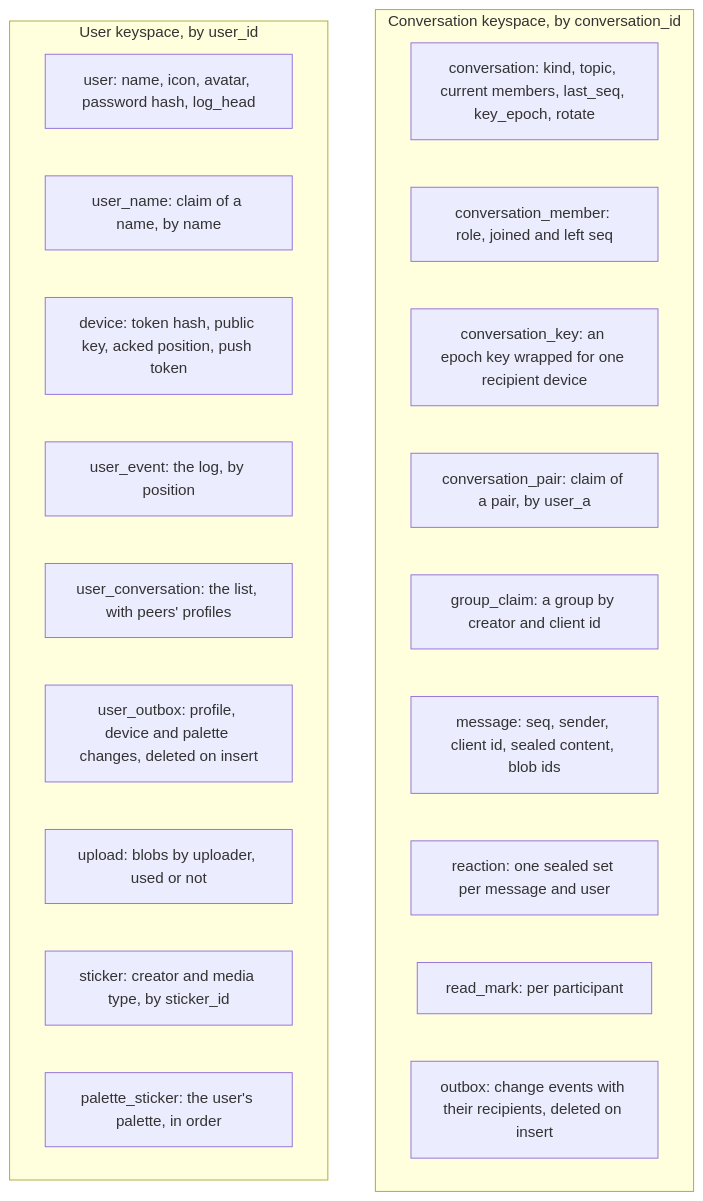
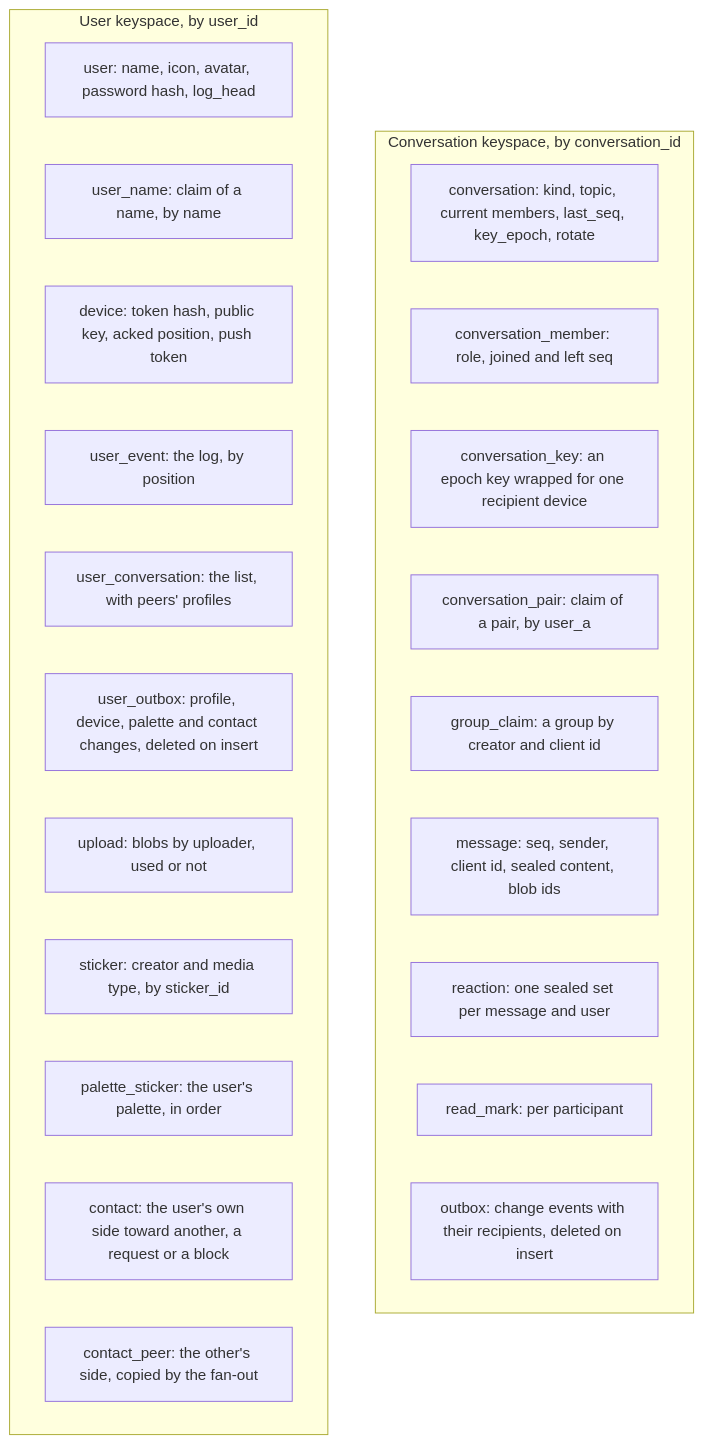
One commit to vlumi/wrinkle changed the first of 5 diagrams in docs/architecture.md. Above: the diagram before and after it, drawn with Mermaid. The commit also changed other lines of this file and 2 other files, not shown here.

````diff
--- a/docs/architecture.md
+++ b/docs/architecture.md
@@ -47,25 +47,27 @@
 ```mermaid
 flowchart TB
   subgraph conv ["Conversation keyspace, by conversation_id"]
     c["conversation: kind, topic, current members, last_seq, key_epoch, rotate"]
     cm["conversation_member: role, joined and left seq"]
     ck["conversation_key: an epoch key wrapped for one recipient device"]
     p["conversation_pair: claim of a pair, by user_a"]
     g["group_claim: a group by creator and client id"]
     m["message: seq, sender, client id, sealed content, blob ids"]
     rx["reaction: one sealed set per message and user"]
     r["read_mark: per participant"]
     o["outbox: change events with their recipients, deleted on insert"]
   end
   subgraph user ["User keyspace, by user_id"]
     u["user: name, icon, avatar, password hash, log_head"]
     n["user_name: claim of a name, by name"]
     d["device: token hash, public key, acked position, push token"]
     e["user_event: the log, by position"]
     l["user_conversation: the list, with peers' profiles"]
-    uo["user_outbox: profile, device and palette changes, deleted on insert"]
+    uo["user_outbox: profile, device, palette and contact changes, deleted on insert"]
     up["upload: blobs by uploader, used or not"]
     s["sticker: creator and media type, by sticker_id"]
     ps["palette_sticker: the user's palette, in order"]
+    ct["contact: the user's own side toward another, a request or a block"]
+    cp["contact_peer: the other's side, copied by the fan-out"]
   end
 ```
````
